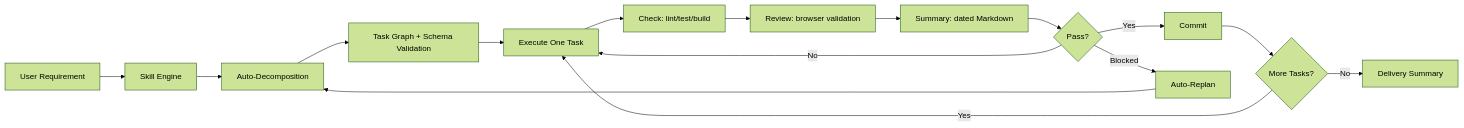
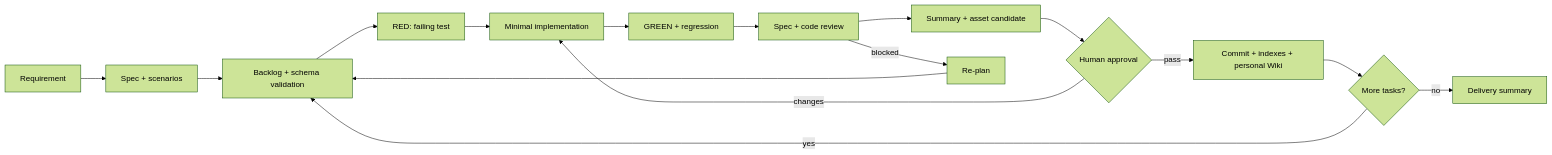
Before and after one commit to melonlee/show-me-code-autopilot: the diagram in README.md, drawn with Mermaid (forest theme). The commit also changed other lines of this file and 25 other files, not shown here.

Commit message:
feat: add spec-driven wiki asset delivery runtime

````diff
--- a/README.md
+++ b/README.md
@@ -102,19 +91,18 @@
 ```mermaid
 flowchart LR
-    U[User Requirement] --> S[Skill Engine]
-    S --> P[Auto-Decomposition]
-    P --> T[Task Graph + Schema Validation]
-    T --> E[Execute One Task]
-    E --> C[Check: lint/test/build]
-    C --> R[Review: browser validation]
-    R --> Y[Summary: dated Markdown]
-    Y --> V{Pass?}
-    V -- No --> E
-    V -- Yes --> G[Commit]
-    G --> M{More Tasks?}
-    M -- Yes --> E
-    M -- No --> D[Delivery Summary]
-
-    V -- Blocked --> B[Auto-Replan]
+    U[Requirement] --> S[Spec + scenarios]
+    S --> P[Backlog + schema validation]
+    P --> R[RED: failing test]
+    R --> I[Minimal implementation]
+    I --> G[GREEN + regression]
+    G --> V[Spec + code review]
+    V --> M[Summary + asset candidate]
+    M --> A{Human approval}
+    A -->|pass| C[Commit + indexes + personal Wiki]
+    A -->|changes| I
+    C --> N{More tasks?}
+    N -->|yes| P
+    N -->|no| D[Delivery summary]
+    V -->|blocked| B[Re-plan]
     B --> P
 ```
````
